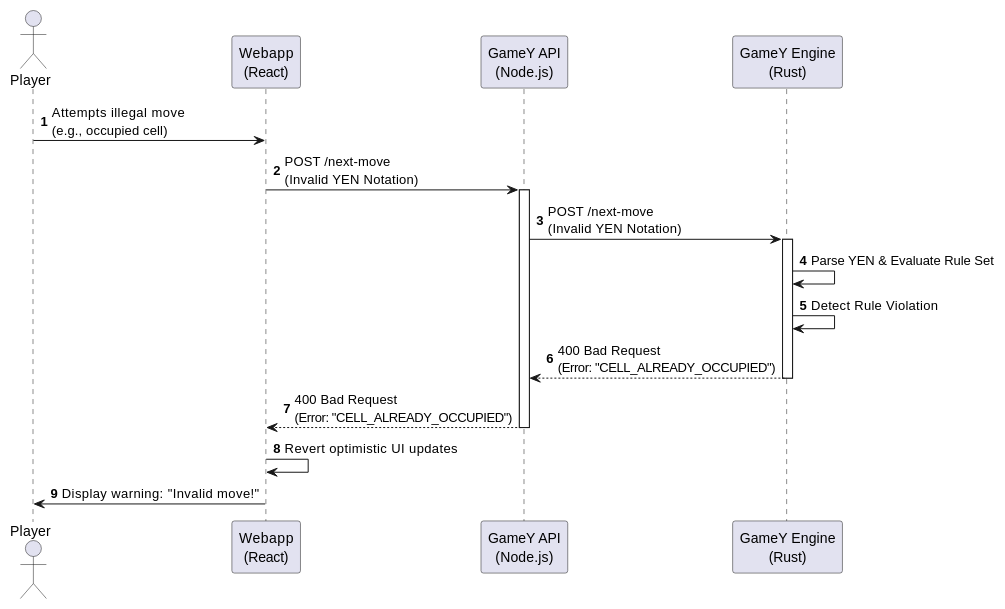
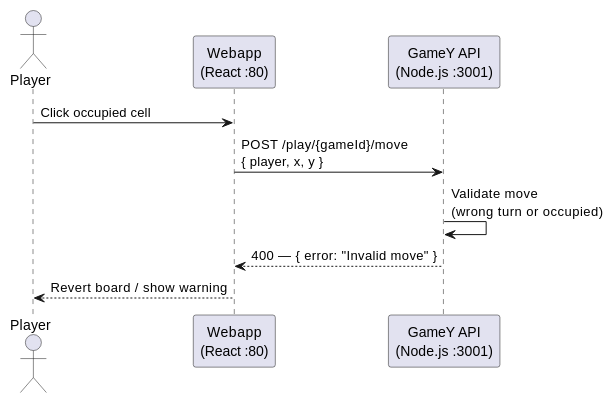
The fifth of 5 diagrams in docs/src/06_runtime_view.adoc (Arquisoft/yovi_en1a), drawn with PlantUML before and after one commit. The commit also changed other lines of this file and 1 other file, not shown here.

```diff
--- a/docs/src/06_runtime_view.adoc
+++ b/docs/src/06_runtime_view.adoc
@@ -168,27 +101,14 @@
 [plantuml, target="invalid-move", format="png"]
 ----
 @startuml
-autonumber
-actor "Player" as User
-participant "Webapp\n(React)" as UI
-participant "GameY API\n(Node.js)" as API
-participant "GameY Engine\n(Rust)" as Rust
+actor "Player" as Player
+participant "Webapp\n(React :80)" as Webapp
+participant "GameY API\n(Node.js :3001)" as API
 
-User -> UI : Attempts illegal move\n(e.g., occupied cell)
-UI -> API : POST /next-move \n(Invalid YEN Notation)
-activate API
-API -> Rust : POST /next-move \n(Invalid YEN Notation)
-activate Rust
-
-Rust -> Rust : Parse YEN & Evaluate Rule Set
-Rust -> Rust : Detect Rule Violation 
-
-Rust --> API : 400 Bad Request \n(Error: "CELL_ALREADY_OCCUPIED")
-deactivate Rust
-API --> UI : 400 Bad Request \n(Error: "CELL_ALREADY_OCCUPIED")
-deactivate API
-
-UI -> UI : Revert optimistic UI updates
-UI -> User : Display warning: "Invalid move!"
+Player -> Webapp : Click occupied cell
+Webapp -> API : POST /play/{gameId}/move\n{ player, x, y }
+API -> API : Validate move\n(wrong turn or occupied)
+API --> Webapp : 400 — { error: "Invalid move" }
+Webapp --> Player : Revert board / show warning
 @enduml
 ----
```
